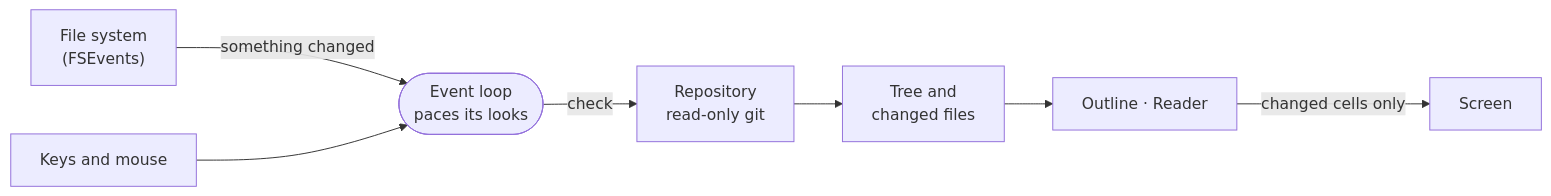
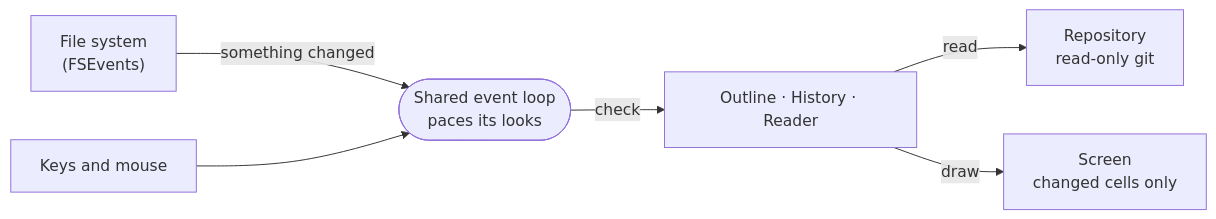
The second of 2 diagrams in README.md (mcc0x/milo), drawn with Mermaid before and after one commit. The commit also changed other lines of this file and 13 other files, not shown here.

First line of the commit message:
Make the outline and the history two panes on one core

````diff
--- a/README.md
+++ b/README.md
@@ -189,9 +206,8 @@
 ```mermaid
 flowchart LR
     FS["File system<br/>(FSEvents)"] -- "something changed" --> L
     K["Keys and mouse"] --> L
-    L(["Event loop<br/>paces its looks"]) -- "check" --> G["Repository<br/>read-only git"]
-    G --> T["Tree and<br/>changed files"]
-    T --> D["Outline · Reader"]
-    D -- "changed cells only" --> S["Screen"]
+    L(["Shared event loop<br/>paces its looks"]) -- "check" --> P["Outline · History · Reader"]
+    P -- "read" --> G["Repository<br/>read-only git"]
+    P -- "draw" --> S["Screen<br/>changed cells only"]
 ```
````
